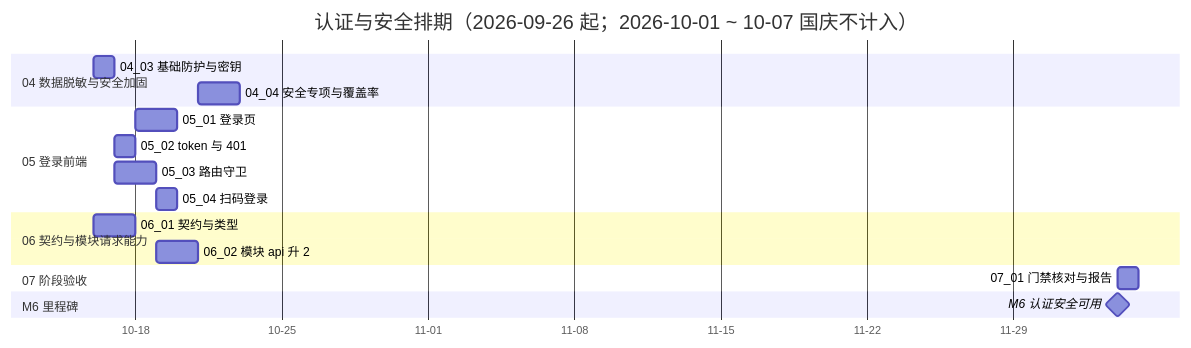
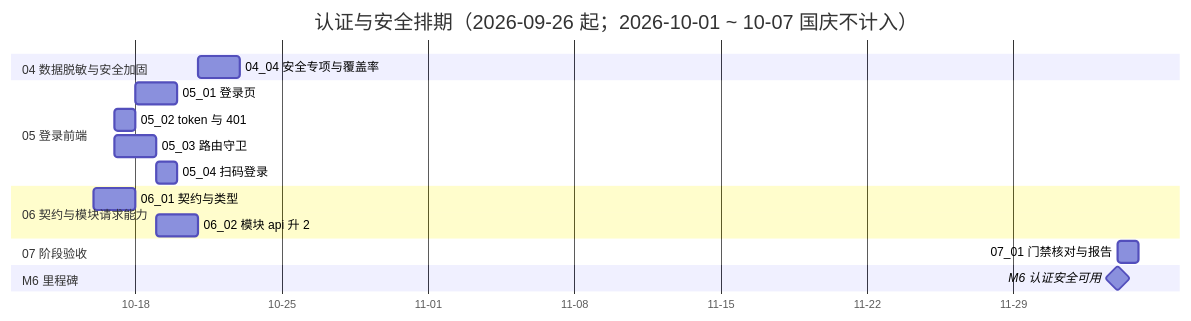
One commit to minjian123/basic-management-system changed the diagram in bms文档/项目/06_认证与安全/计划/01_计划_认证与安全.md. Above: the diagram before and after it, drawn with Mermaid. The commit also changed other lines of this file and 5 other files, not shown here.

````diff
--- a/bms文档/项目/06_认证与安全/计划/01_计划_认证与安全.md
+++ b/bms文档/项目/06_认证与安全/计划/01_计划_认证与安全.md
@@ -75,21 +75,20 @@
 ```mermaid
 gantt
     title 认证与安全排期（2026-09-26 起；2026-10-01 ~ 10-07 国庆不计入）
     dateFormat  YYYY-MM-DD
     axisFormat %m-%d
     section 04 数据脱敏与安全加固
-    04_03 基础防护与密钥 :d3, 2026-10-16, 1d
     04_04 安全专项与覆盖率 :d4, 2026-10-21, 2d
     section 05 登录前端
     05_01 登录页 :e1, 2026-10-18, 2d
     05_02 token 与 401 :e2, 2026-10-17, 1d
     05_03 路由守卫 :e3, 2026-10-17, 2d
     05_04 扫码登录 :e4, 2026-10-19, 1d
     section 06 契约与模块请求能力
     06_01 契约与类型 :f1, 2026-10-16, 2d
     06_02 模块 api 升 2 :f2, 2026-10-19, 2d
     section 07 阶段验收
     07_01 门禁核对与报告 :g1, 2026-12-04, 1d
     section M6 里程碑
     M6 认证安全可用 :milestone, mm6, 2026-12-04, 0d
 ```
````
